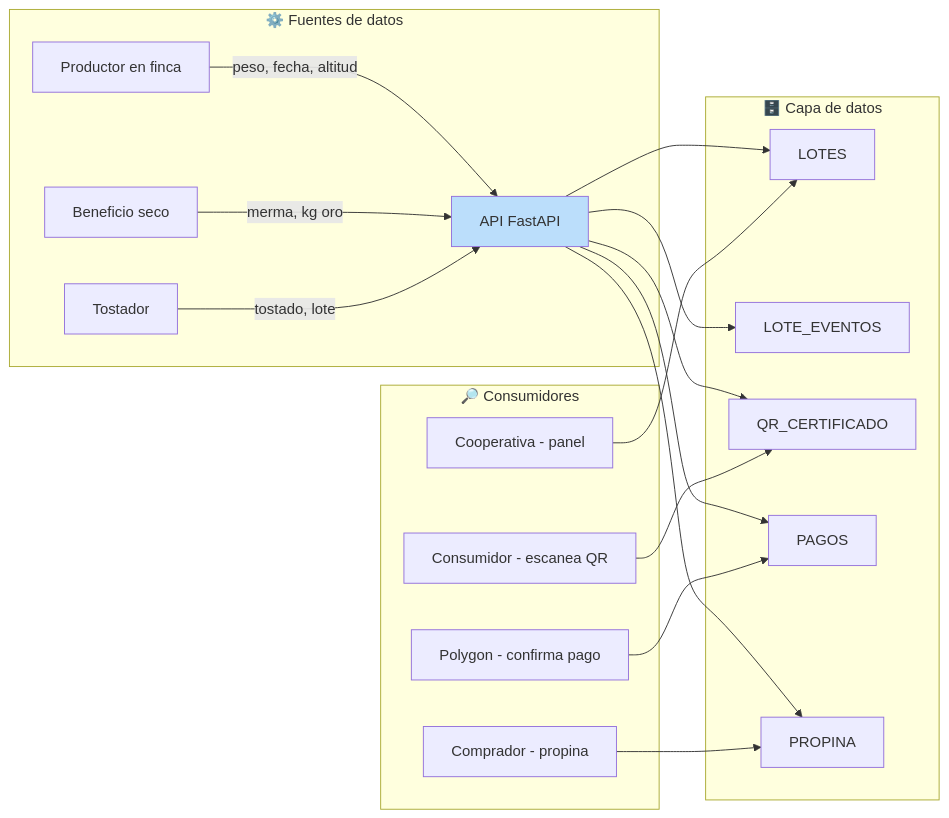
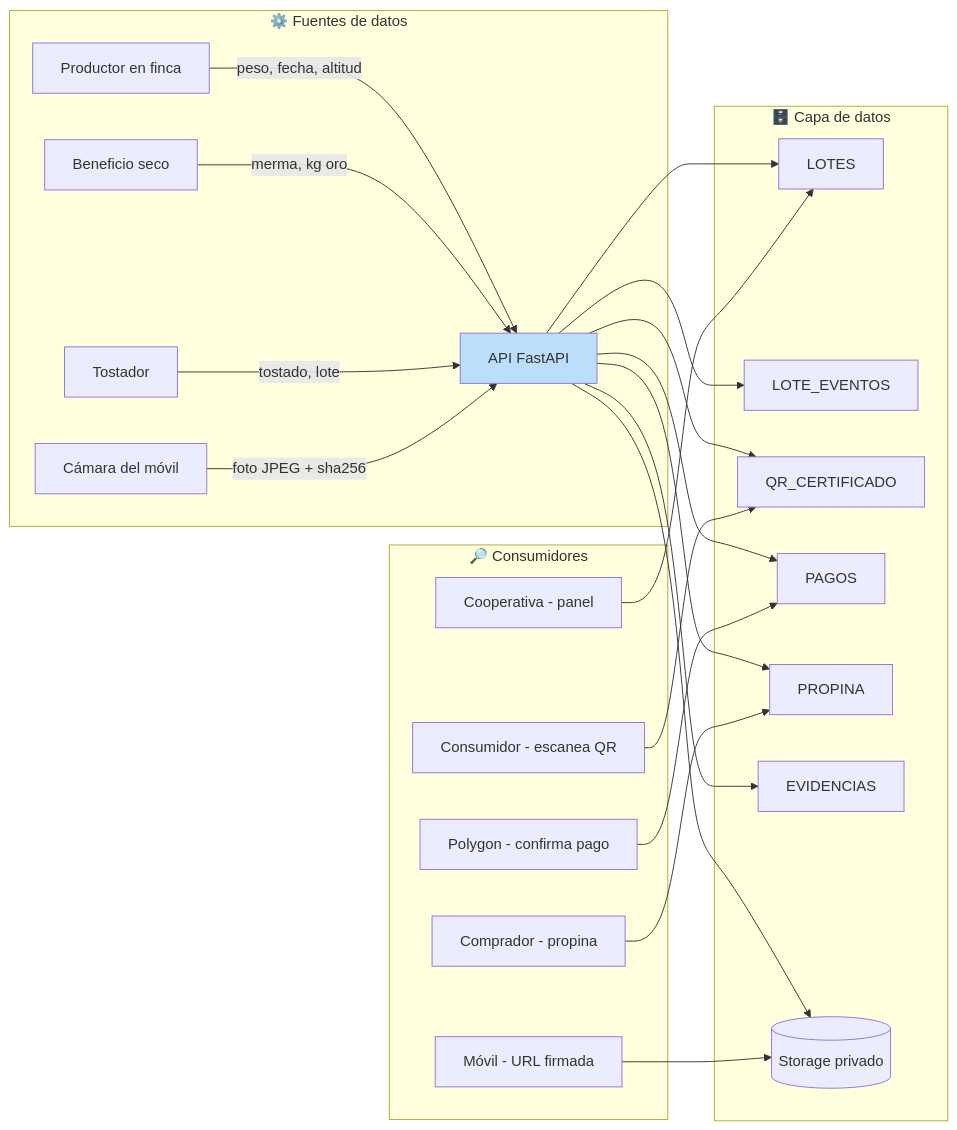
The fifth of 13 diagrams in docs/ARCHITECTURE.md (FerLpz55/BeanTrust), drawn with Mermaid before and after one commit. The commit also changed other lines of this file and 9 other files, not shown here.

````diff
--- a/docs/ARCHITECTURE.md
+++ b/docs/ARCHITECTURE.md
@@ -585,26 +606,30 @@
 ```mermaid
 flowchart LR
     subgraph Fuentes["⚙️ Fuentes de datos"]
         A1[Productor en finca] -->|peso, fecha, altitud| A
         A2[Beneficio seco] -->|merma, kg oro| A
         A3[Tostador] -->|tostado, lote| A
+        A4[Cámara del móvil] -->|foto JPEG + sha256| A
     end
 
     subgraph Almacen [🗄️ Capa de datos]
         A[API FastAPI]
         A --> LOT[LOTES]
         A --> EVEN[LOTE_EVENTOS]
         A --> QR[QR_CERTIFICADO]
         A --> PAG[PAGOS]
         A --> PROP[PROPINA]
+        A --> EVID[EVIDENCIAS]
+        A --> STOR[(Storage privado)]
     end
 
     subgraph Consumidor [🔎 Consumidores]
         B1[Cooperativa - panel] --> LOT
         B2[Consumidor - escanea QR] --> QR
         B3[Comprador - propina] --> PROP
         B4[Polygon - confirma pago] --> PAG
+        B5[Móvil - URL firmada] --> STOR
     end
 
     style A fill:#bbdefb
 ```
````
